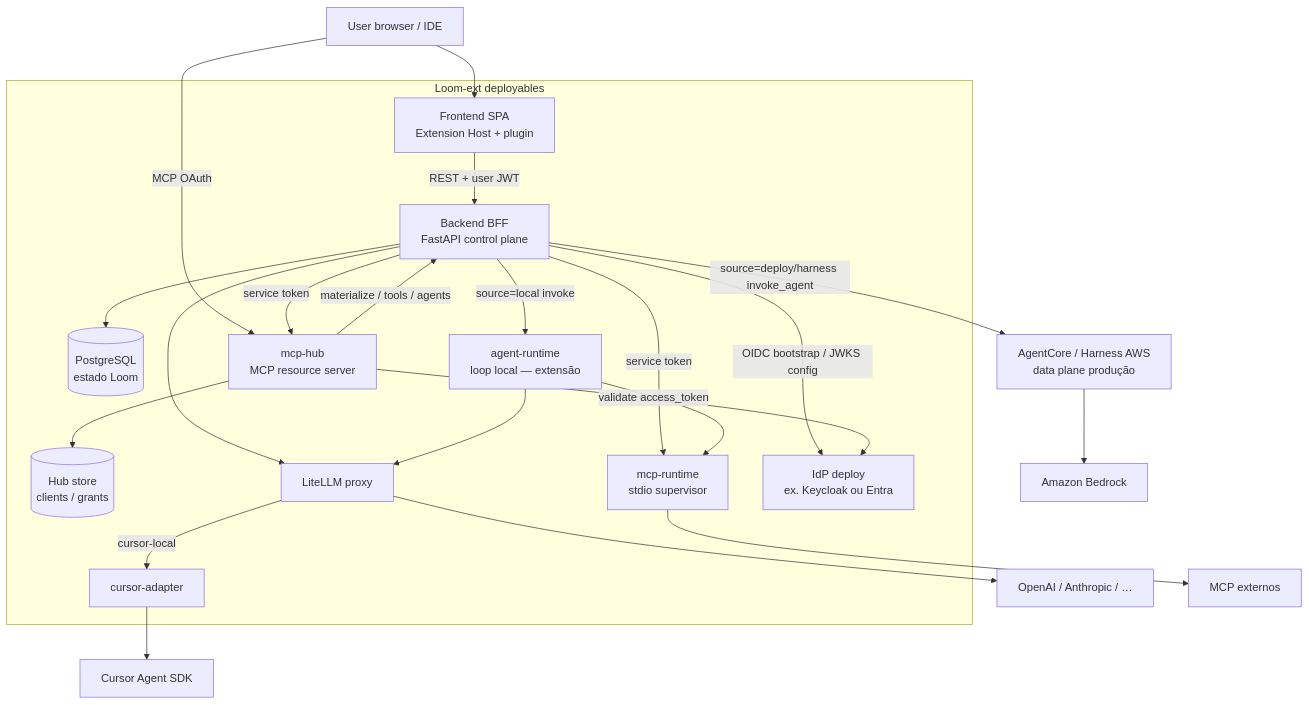
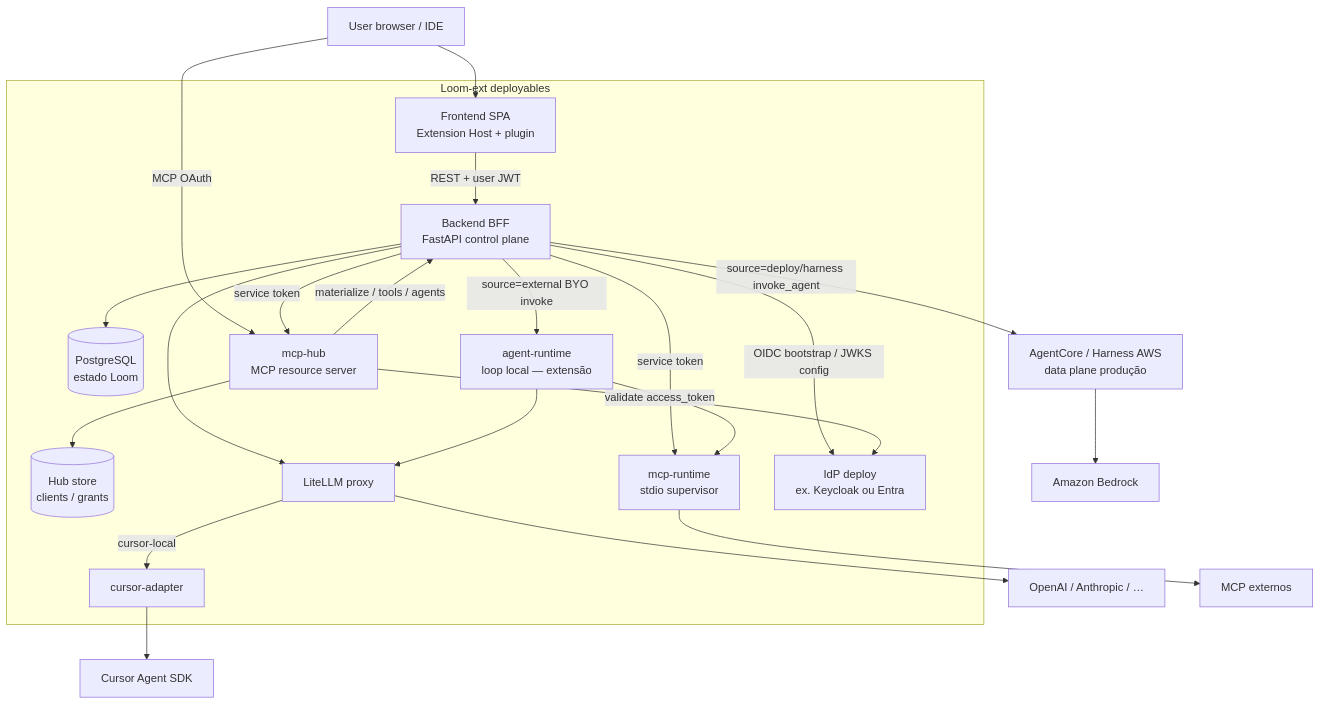
The second of 8 diagrams in local-runtime/docs/guide/architecture.md (jsmesquita/loom-ext), drawn with Mermaid before and after one commit. The commit also changed other lines of this file and 26 other files, not shown here.

First line of the commit message:
Rename source=local to external (BYO) and wire HITL on agent-runtime.

````diff
--- a/local-runtime/docs/guide/architecture.md
+++ b/local-runtime/docs/guide/architecture.md
@@ -77,44 +77,44 @@
 ```mermaid
 flowchart TB
   USER[User browser / IDE]
 
   subgraph LoomExt[Loom-ext deployables]
     FE[Frontend SPA<br/>Extension Host + plugin]
     BE[Backend BFF<br/>FastAPI control plane]
     PG[(PostgreSQL<br/>estado Loom)]
     HUB[mcp-hub<br/>MCP resource server]
     HSTORE[(Hub store<br/>clients / grants)]
     MCPR[mcp-runtime<br/>stdio supervisor]
     AR[agent-runtime<br/>loop local — extensão]
     CA[cursor-adapter]
     LL[LiteLLM proxy]
     IDPL[IdP deploy<br/>ex. Keycloak ou Entra]
   end
 
   AC[AgentCore / Harness AWS<br/>data plane produção]
   BR[Amazon Bedrock]
   PROV[OpenAI / Anthropic / …]
   MCPX[MCP externos]
   CURSOR[Cursor Agent SDK]
 
   USER --> FE
   USER -->|MCP OAuth| HUB
   FE -->|REST + user JWT| BE
   BE --> PG
   BE -->|OIDC bootstrap / JWKS config| IDPL
   BE -->|service token| HUB
   BE -->|service token| MCPR
-  BE -->|source=local invoke| AR
+  BE -->|source=external BYO invoke| AR
   BE -->|source=deploy/harness invoke_agent| AC
   BE --> LL
   HUB -->|materialize / tools / agents| BE
   HUB --> HSTORE
   HUB -->|validate access_token| IDPL
   AR --> LL
   AR --> MCPR
   AC --> BR
   LL --> PROV
   LL -->|cursor-local| CA
   CA --> CURSOR
   MCPR --> MCPX
 ```
````
